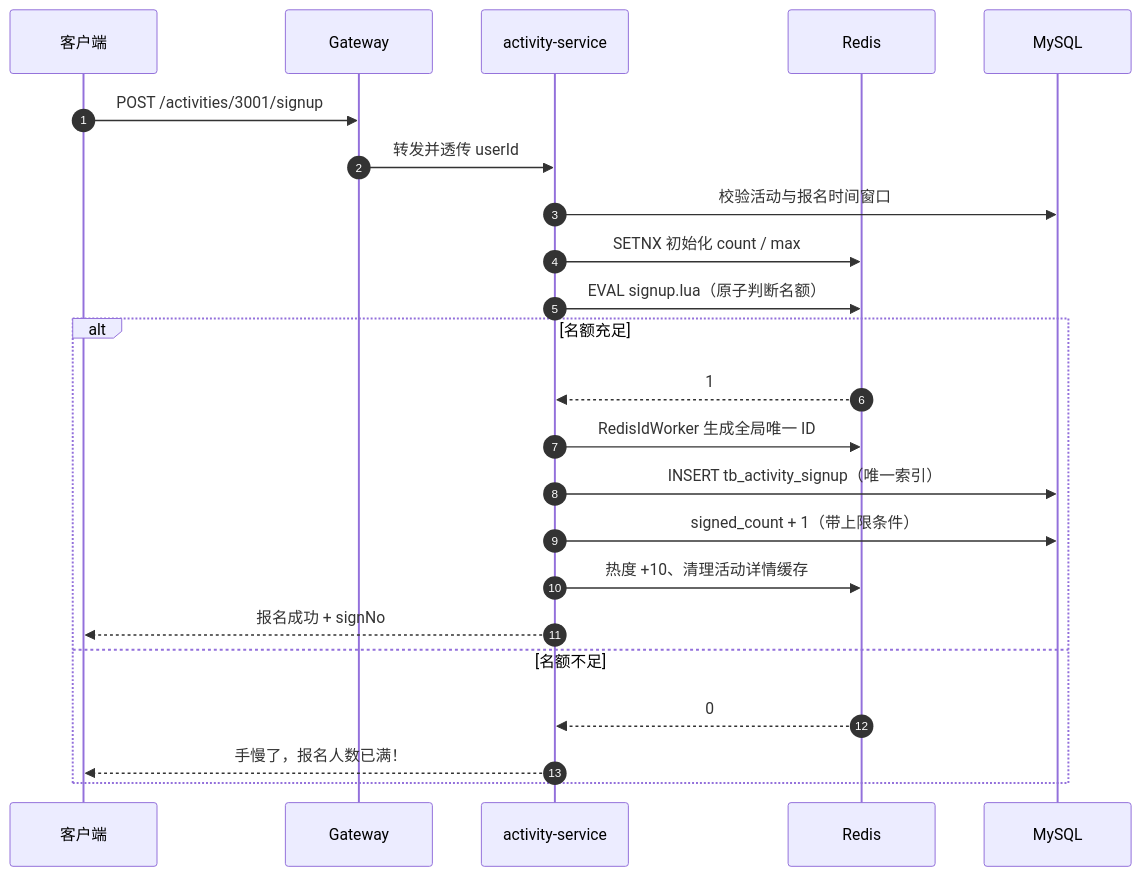
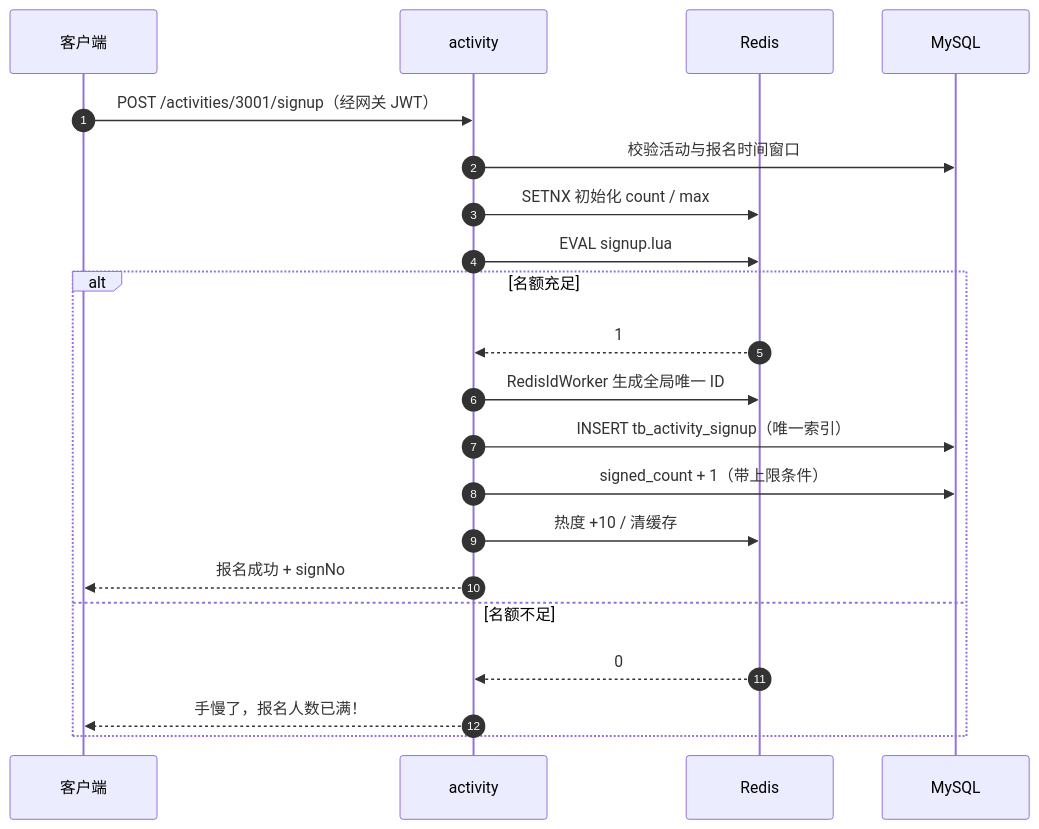
One commit to chuqiuqiu/campus-life changed the second of 4 diagrams in README.md. Above: the diagram before and after it, drawn with Mermaid. The commit also changed other lines of this file, not shown here.

Commit message:
docs: simplify mermaid flow diagrams for README width

````diff
--- a/README.md
+++ b/README.md
@@ -171,26 +169,24 @@
 ```mermaid
 sequenceDiagram
     autonumber
     participant C as 客户端
-    participant G as Gateway
-    participant A as activity-service
+    participant A as activity
     participant R as Redis
     participant DB as MySQL
 
-    C->>G: POST /activities/3001/signup
-    G->>A: 转发并透传 userId
+    C->>A: POST /activities/3001/signup（经网关 JWT）
     A->>DB: 校验活动与报名时间窗口
     A->>R: SETNX 初始化 count / max
-    A->>R: EVAL signup.lua（原子判断名额）
+    A->>R: EVAL signup.lua
     alt 名额充足
         R-->>A: 1
         A->>R: RedisIdWorker 生成全局唯一 ID
         A->>DB: INSERT tb_activity_signup（唯一索引）
         A->>DB: signed_count + 1（带上限条件）
-        A->>R: 热度 +10、清理活动详情缓存
+        A->>R: 热度 +10 / 清缓存
         A-->>C: 报名成功 + signNo
     else 名额不足
         R-->>A: 0
         A-->>C: 手慢了，报名人数已满！
     end
 ```
````
